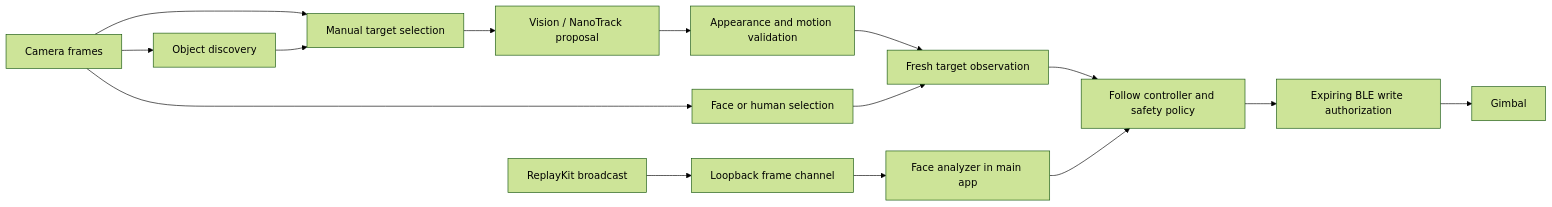
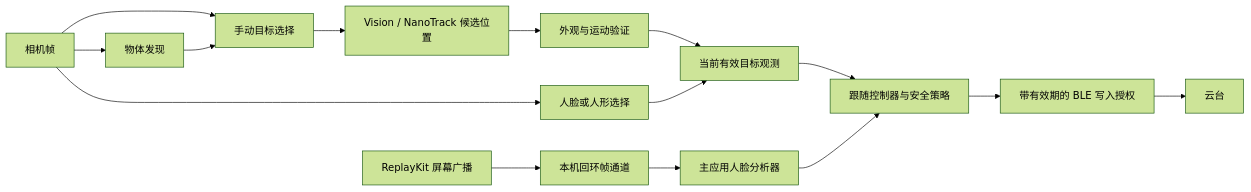
One commit to zengchanghuan/gimbal-tracking-ios changed the diagram in docs/ARCHITECTURE.md. Above: the diagram before and after it, drawn with Mermaid (forest theme). The commit also changed other lines of this file and 11 other files, not shown here.

````diff
--- a/docs/ARCHITECTURE.md
+++ b/docs/ARCHITECTURE.md
@@ -11,17 +13,17 @@
 ```mermaid
 flowchart LR
-    A[Camera frames] --> B[Face or human selection]
-    A --> C[Manual target selection]
-    A --> D[Object discovery]
-    C --> E[Vision / NanoTrack proposal]
-    E --> F[Appearance and motion validation]
-    F --> G[Fresh target observation]
+    A[相机帧] --> B[人脸或人形选择]
+    A --> C[手动目标选择]
+    A --> D[物体发现]
+    C --> E[Vision / NanoTrack 候选位置]
+    E --> F[外观与运动验证]
+    F --> G[当前有效目标观测]
     B --> G
     D --> C
-    G --> H[Follow controller and safety policy]
-    H --> I[Expiring BLE write authorization]
-    I --> J[Gimbal]
-    K[ReplayKit broadcast] --> L[Loopback frame channel]
-    L --> M[Face analyzer in main app]
+    G --> H[跟随控制器与安全策略]
+    H --> I[带有效期的 BLE 写入授权]
+    I --> J[云台]
+    K[ReplayKit 屏幕广播] --> L[本机回环帧通道]
+    L --> M[主应用人脸分析器]
     M --> H
 ```
````
